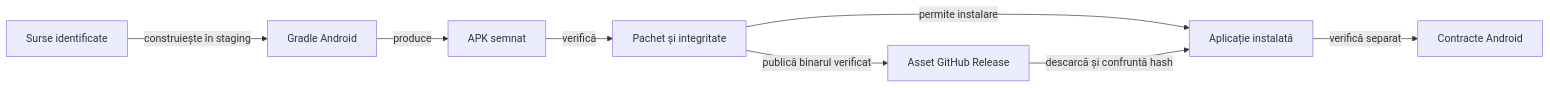
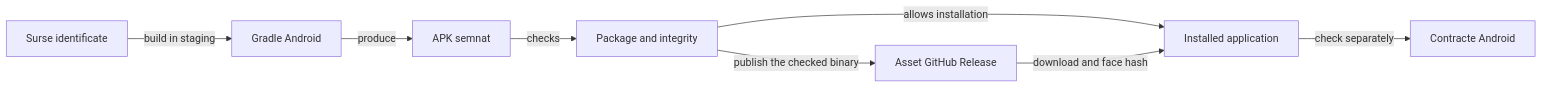
The diagram in docs/platform/ATF_AndroidDelivery.md (crististefanita/atf_j4), drawn with Mermaid before and after one commit. The commit also changed other lines of this file and 122 other files, not shown here.

````diff
--- a/docs/platform/ATF_AndroidDelivery.md
+++ b/docs/platform/ATF_AndroidDelivery.md
@@ -9,10 +9,10 @@
 ```mermaid
 flowchart LR
-    SOURCE[Surse identificate] -->|construiește în staging| BUILD[Gradle Android]
+    SOURCE[Surse identificate] -->|build in staging| BUILD[Gradle Android]
     BUILD -->|produce| APK[APK semnat]
-    APK -->|verifică| STATIC[Pachet și integritate]
-    STATIC -->|permite instalare| DEVICE[Aplicație instalată]
-    STATIC -->|publică binarul verificat| ASSET[Asset GitHub Release]
-    ASSET -->|descarcă și confruntă hash| DEVICE
-    DEVICE -->|verifică separat| UI[Contracte Android]
+    APK -->|checks| STATIC[Package and integrity]
+    STATIC -->|allows installation| DEVICE[Installed application]
+    STATIC -->|publish the checked binary| ASSET[Asset GitHub Release]
+    ASSET -->|download and face hash| DEVICE
+    DEVICE -->|check separately| UI[Contracte Android]
 ```
````
